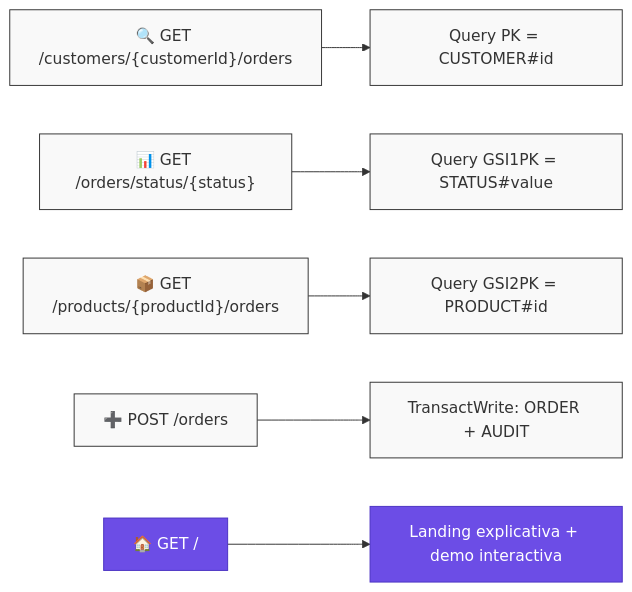
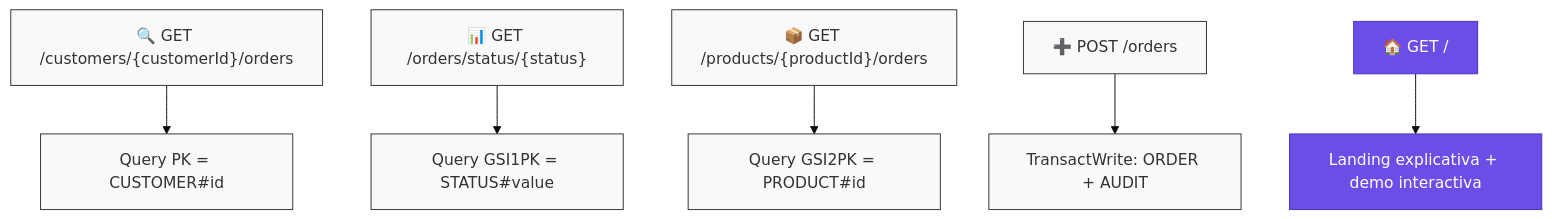
Before and after one commit to vladimiracunadev-create/proyectos-aws: the third of 4 diagrams in caso-e-dynamodb-persistence/docs/architecture.md, drawn with Mermaid. The commit also changed other lines of this file and 1 other file, not shown here.

Commit message:
docs: optimize diagram readability with vertical orientation and larger fonts

````diff
--- a/caso-e-dynamodb-persistence/docs/architecture.md
+++ b/caso-e-dynamodb-persistence/docs/architecture.md
@@ -90,12 +93,13 @@
 ```mermaid
-graph LR
+%%{init: {'theme': 'base', 'themeVariables': { 'fontsize': '16px' }}}%%
+graph TB
     A["🔍 GET /customers/{customerId}/orders"] --> B["Query PK = CUSTOMER#id"]
     C["📊 GET /orders/status/{status}"] --> D["Query GSI1PK = STATUS#value"]
     E["📦 GET /products/{productId}/orders"] --> F["Query GSI2PK = PRODUCT#id"]
     G["➕ POST /orders"] --> H["TransactWrite: ORDER + AUDIT"]
     I["🏠 GET /"] --> J["Landing explicativa + demo interactiva"]
 
     classDef default fill:#f9f9f9,stroke:#333,stroke-width:1px;
     classDef highlight fill:#6C4DE6,color:#fff,stroke:#4B32C3;
     class I,J highlight;
 ```
````
